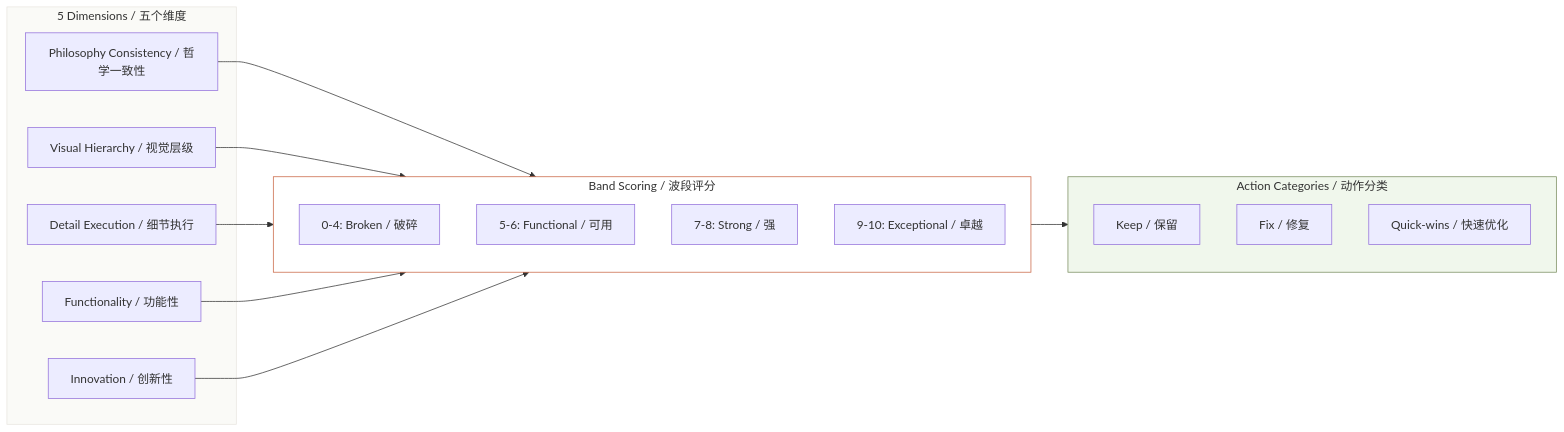
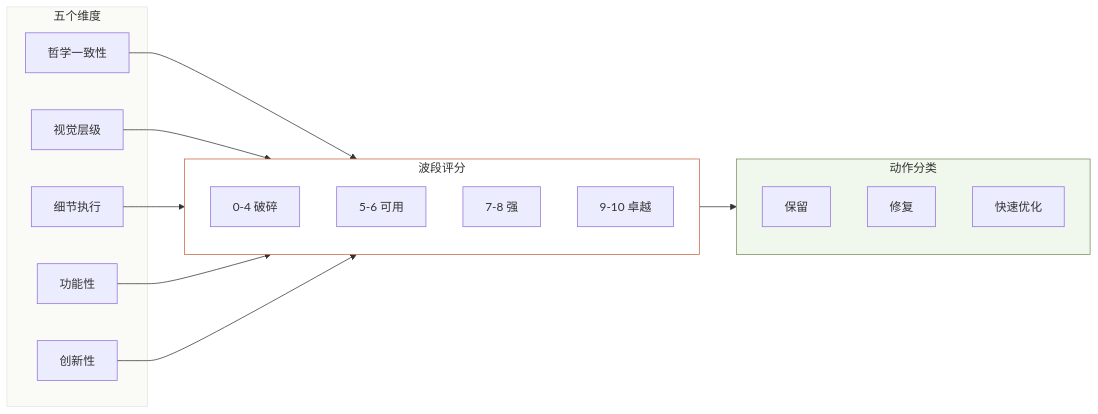
Before and after one commit to YardonYan/html-skill-effectiveness: the third of 4 diagrams in README.md, drawn with Mermaid. The commit also changed other lines of this file and 3 other files, not shown here.

````diff
--- a/README.md
+++ b/README.md
@@ -136,30 +133,30 @@
 ```mermaid
 graph LR
-    subgraph Dimensions["5 Dimensions / 五个维度"]
-        D1[Philosophy Consistency / 哲学一致性]
-        D2[Visual Hierarchy / 视觉层级]
-        D3[Detail Execution / 细节执行]
-        D4[Functionality / 功能性]
-        D5[Innovation / 创新性]
+    subgraph Dimensions["五个维度"]
+        D1[哲学一致性]
+        D2[视觉层级]
+        D3[细节执行]
+        D4[功能性]
+        D5[创新性]
     end
 
-    subgraph Scoring["Band Scoring / 波段评分"]
-        B1[0-4: Broken / 破碎]
-        B2[5-6: Functional / 可用]
-        B3[7-8: Strong / 强]
-        B4[9-10: Exceptional / 卓越]
+    subgraph Scoring["波段评分"]
+        B1[0-4 破碎]
+        B2[5-6 可用]
+        B3[7-8 强]
+        B4[9-10 卓越]
     end
 
-    subgraph Action["Action Categories / 动作分类"]
-        K[Keep / 保留]
-        F[Fix / 修复]
-        QW[Quick-wins / 快速优化]
+    subgraph Action["动作分类"]
+        K[保留]
+        FX[修复]
+        QW[快速优化]
     end
 
     D1 & D2 & D3 & D4 & D5 --> Scoring
     Scoring --> Action
 
     style Dimensions fill:#fafaf7,stroke:#e8e5df
     style Scoring fill:#ffffff,stroke:#c96442
     style Action fill:#f0f7ec,stroke:#788c5d
 ```
````
